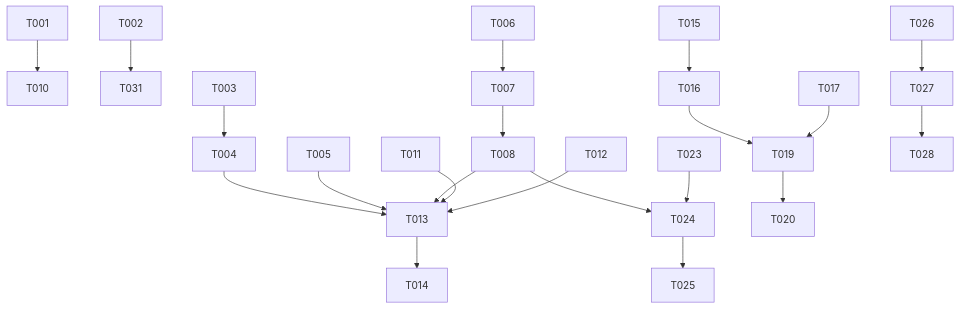
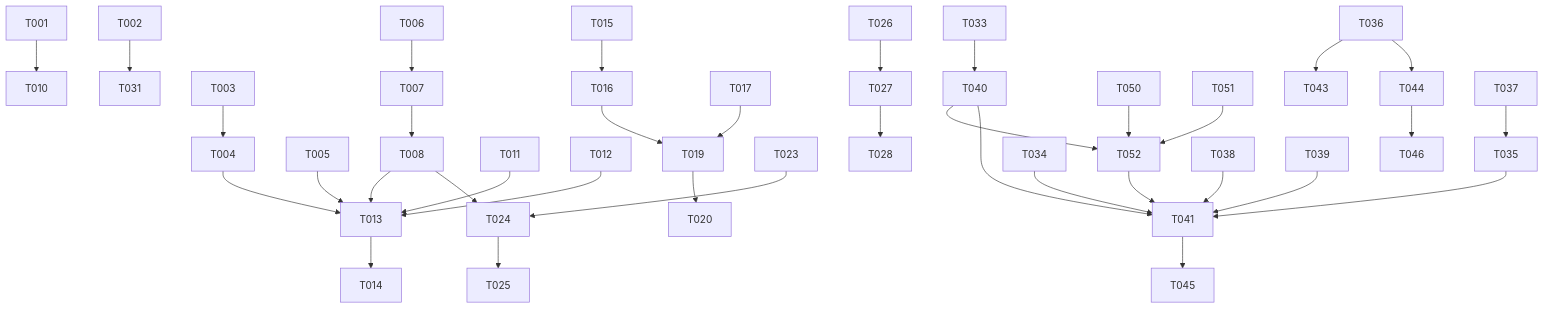
One commit to Arid3n/recursos-humanos-IW changed the diagram in specs/spec-005/tasks.md. Above: the diagram before and after it, drawn with Mermaid. The commit also changed other lines of this file and 6 other files, not shown here.

````diff
--- a/specs/spec-005/tasks.md
+++ b/specs/spec-005/tasks.md
@@ -127,16 +180,31 @@
 ```mermaid
 graph TD
     T001 --> T010
     T002 --> T031
     T003 --> T004
     T004 --> T013
     T005 --> T013
     T006 --> T007 --> T008 --> T013
     T008 --> T024
     T011 --> T013
     T012 --> T013 --> T014
     T015 --> T016 --> T019
     T017 --> T019 --> T020
     T023 --> T024 --> T025
     T026 --> T027 --> T028
+    T033 --> T040
+    T050 --> T052
+    T051 --> T052
+    T040 --> T052
+    T052 --> T041
+    T034 --> T041
+    T035 --> T041
+    T036 --> T043
+    T036 --> T044
+    T037 --> T035
+    T038 --> T041
+    T039 --> T041
+    T040 --> T041
+    T041 --> T045
+    T044 --> T046
 ```
````
